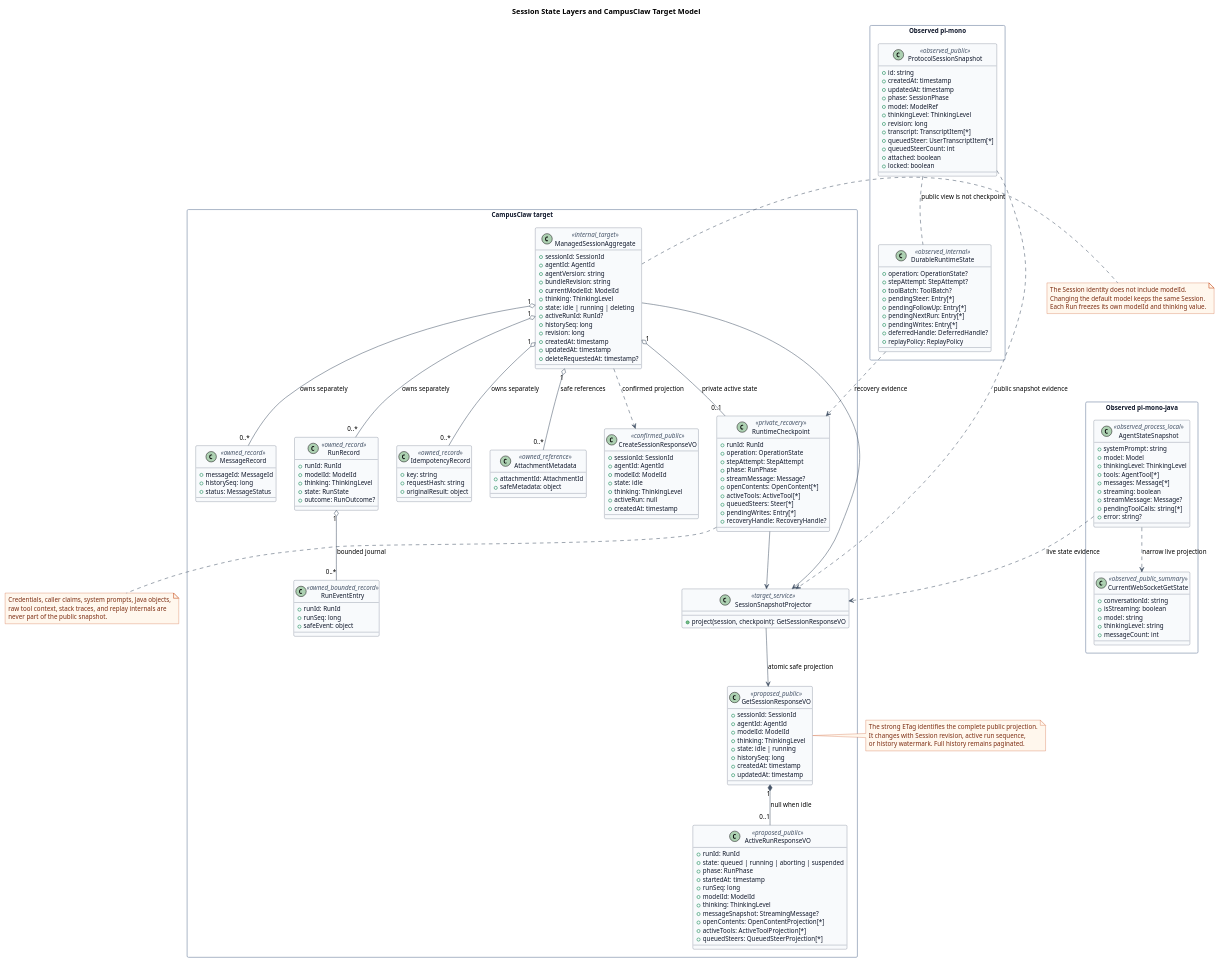
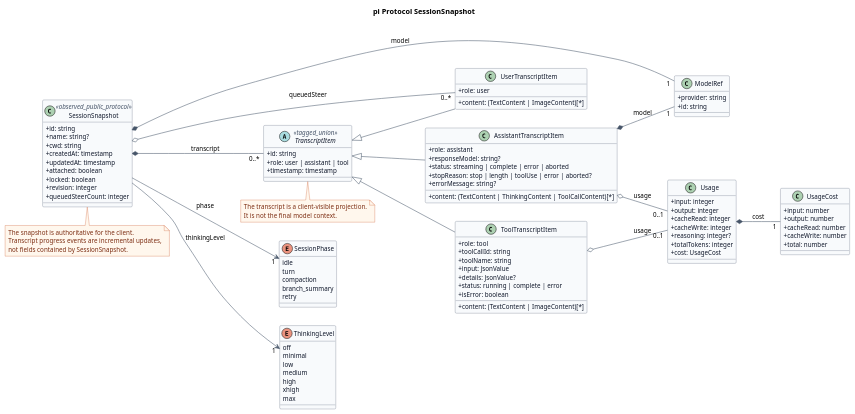
One commit to ssm0808/pi-mono-java-design changed the diagram in pi/session-snapshot/diagram.puml. Above: the diagram before and after it, drawn with PlantUML. The commit also changed 6 other files, not shown here.

Commit message:
docs: refine session snapshot and history recovery

```diff
--- a/pi/session-snapshot/diagram.puml
+++ b/pi/session-snapshot/diagram.puml
@@ -1,37 +1,27 @@
-@startuml session_snapshot_state_model
-title Session State Layers and CampusClaw Target Model
+@startuml pi_protocol_session_snapshot
+title pi Protocol SessionSnapshot
 
 ' Source evidence (pi-mono 086c32e74530564922d011ade23ff582c9d63116):
+' packages/protocol/src/schemas.ts, ThinkingLevelSchema, lines 26-35
+' packages/protocol/src/schemas.ts, SessionPhaseSchema, lines 38-45
+' packages/protocol/src/schemas.ts, ModelRefSchema, lines 47-51
+' packages/protocol/src/schemas.ts, UsageSchema, lines 96-118
+' packages/protocol/src/schemas.ts, transcript item schemas, lines 120-199
 ' packages/protocol/src/schemas.ts, SessionSnapshotSchema, lines 241-258
-' packages/protocol/src/schemas.ts, TranscriptItemSchema and TranscriptProgressSchema, lines 120-231
-' packages/server/src/sessions.ts, normalizedSnapshot and broadcastSnapshot, lines 276-297
-' packages/agent/src/harness/agent-harness.ts, SuspendedOperation, LaneSnapshot, and SessionSnapshot, lines 140-180
-' packages/agent/src/harness/session/types.ts, operation, tool, queue, and deferred write records, lines 87-200
-' packages/agent/src/harness/reducer.ts, LaneState, lines 79-109
-' Source evidence (pi-mono-java dff835743fc7f3c93e1154c3eb51028749867ca8):
-' modules/agent-core/src/main/java/com/campusclaw/agent/state/AgentStateSnapshot.java, lines 21-36
-' modules/coding-agent-cli/src/main/java/com/campusclaw/codingagent/session/SessionManager.java, lines 160-225 and 304-339
-' modules/coding-agent-cli/src/main/java/com/campusclaw/codingagent/mode/server/SessionPool.java, lines 222-243
-' modules/coding-agent-cli/src/main/java/com/campusclaw/codingagent/mode/server/ChatWebSocketHandler.java, handleGetState, lines 365-374
-' Observed behavior: pi-mono exposes a client-replaceable snapshot with transcript, runtime
-' phase, revision, and queued steer messages.
-' Observed behavior: pi-mono durable records retain richer operation, queue, deferred write,
-' and tool recovery state than the public protocol snapshot.
-' Java divergence: AgentStateSnapshot is process-local, while Java session reload restores
-' messages but does not apply persisted model or thinking changes.
-' Target design: CampusClaw separates the bounded Session aggregate, owned history records,
-' the private RuntimeCheckpoint, and the public GetSession snapshot.
-' Architecture change: cross-process active Run recovery requires a durable checkpoint or
-' equivalent operation log; this is not implemented by the current Java baseline.
-' Design reason: the confirmed create response remains separate from the proposed GET snapshot
-' so review of the second operation cannot silently change the first operation.
+' packages/server/src/sessions.ts, normalizedSnapshot, forConnection, and broadcastSnapshot,
+' lines 276-304
+' Observed behavior: the protocol snapshot is the authoritative client-visible state.
+' Observed behavior: transcript can contain streaming assistant and running tool items.
+' Observed behavior: attached is connection-relative and the server live-session layer sets locked.
+' Design reason: this diagram intentionally excludes Agent Harness internals, pi-mono-java,
+' CampusClaw target types, persistence records, and HTTP response models.
 
-top to bottom direction
+left to right direction
 skinparam backgroundColor #FFFFFF
 skinparam shadowing false
 skinparam defaultFontName Arial
 skinparam defaultFontSize 12
-skinparam packageStyle rectangle
+skinparam classAttributeIconSize 0
 skinparam class {
   BackgroundColor #F8FAFC
   BorderColor #475569
@@ -40,11 +30,6 @@
   AttributeFontColor #0F172A
   StereotypeFontColor #475569
 }
-skinparam package {
-  BackgroundColor #FFFFFF
-  BorderColor #94A3B8
-  FontColor #0F172A
-}
 skinparam note {
   BackgroundColor #FFF7ED
   BorderColor #C2410C
@@ -52,193 +37,112 @@
 }
 skinparam ArrowColor #475569
 
-package "Observed pi-mono" as PiObserved {
-  class "ProtocolSessionSnapshot" as PiSnapshot <<observed_public>> {
-    +id: string
-    +createdAt: timestamp
-    +updatedAt: timestamp
-    +phase: SessionPhase
-    +model: ModelRef
-    +thinkingLevel: ThinkingLevel
-    +revision: long
-    +transcript: TranscriptItem[*]
-    +queuedSteer: UserTranscriptItem[*]
-    +queuedSteerCount: int
-    +attached: boolean
-    +locked: boolean
-  }
-
-  class "DurableRuntimeState" as PiDurable <<observed_internal>> {
-    +operation: OperationState?
-    +stepAttempt: StepAttempt?
-    +toolBatch: ToolBatch?
-    +pendingSteer: Entry[*]
-    +pendingFollowUp: Entry[*]
-    +pendingNextRun: Entry[*]
-    +pendingWrites: Entry[*]
-    +deferredHandle: DeferredHandle?
-    +replayPolicy: ReplayPolicy
-  }
-
-  PiSnapshot .. PiDurable : public view is not checkpoint
+class SessionSnapshot <<observed_public_protocol>> {
+  +id: string
+  +name: string?
+  +cwd: string
+  +createdAt: timestamp
+  +updatedAt: timestamp
+  +attached: boolean
+  +locked: boolean
+  +revision: integer
+  +queuedSteerCount: integer
 }
 
-package "Observed pi-mono-java" as JavaObserved {
-  class "AgentStateSnapshot" as JavaState <<observed_process_local>> {
-    +systemPrompt: string
-    +model: Model
-    +thinkingLevel: ThinkingLevel
-    +tools: AgentTool[*]
-    +messages: Message[*]
-    +streaming: boolean
-    +streamMessage: Message?
-    +pendingToolCalls: string[*]
-    +error: string?
-  }
-
-  class "CurrentWebSocketGetState" as JavaGetState <<observed_public_summary>> {
-    +conversationId: string
-    +isStreaming: boolean
-    +model: string
-    +thinkingLevel: string
-    +messageCount: int
-  }
-
-  JavaState ..> JavaGetState : narrow live projection
+enum SessionPhase {
+  idle
+  turn
+  compaction
+  branch_summary
+  retry
 }
 
-package "CampusClaw target" as CampusTarget {
-  class "ManagedSessionAggregate" as Session <<internal_target>> {
-    +sessionId: SessionId
-    +agentId: AgentId
-    +agentVersion: string
-    +bundleRevision: string
-    +currentModelId: ModelId
-    +thinking: ThinkingLevel
-    +state: idle | running | deleting
-    +activeRunId: RunId?
-    +historySeq: long
-    +revision: long
-    +createdAt: timestamp
-    +updatedAt: timestamp
-    +deleteRequestedAt: timestamp?
-  }
-
-  class "RuntimeCheckpoint" as Checkpoint <<private_recovery>> {
-    +runId: RunId
-    +operation: OperationState
-    +stepAttempt: StepAttempt
-    +phase: RunPhase
-    +streamMessage: Message?
-    +openContents: OpenContent[*]
-    +activeTools: ActiveTool[*]
-    +queuedSteers: Steer[*]
-    +pendingWrites: Entry[*]
-    +recoveryHandle: RecoveryHandle?
-  }
-
-  class "MessageRecord" as MessageRecord <<owned_record>> {
-    +messageId: MessageId
-    +historySeq: long
-    +status: MessageStatus
-  }
-
-  class "RunRecord" as RunRecord <<owned_record>> {
-    +runId: RunId
-    +modelId: ModelId
-    +thinking: ThinkingLevel
-    +state: RunState
-    +outcome: RunOutcome?
-  }
-
-  class "IdempotencyRecord" as IdempotencyRecord <<owned_record>> {
-    +key: string
-    +requestHash: string
-    +originalResult: object
-  }
-
-  class "RunEventEntry" as RunEvent <<owned_bounded_record>> {
-    +runId: RunId
-    +runSeq: long
-    +safeEvent: object
-  }
-
-  class "AttachmentMetadata" as AttachmentMetadata <<owned_reference>> {
-    +attachmentId: AttachmentId
-    +safeMetadata: object
-  }
-
-  class "CreateSessionResponseVO" as CreateResult <<confirmed_public>> {
-    +sessionId: SessionId
-    +agentId: AgentId
-    +modelId: ModelId
-    +state: idle
-    +thinking: ThinkingLevel
-    +activeRun: null
-    +createdAt: timestamp
-  }
-
-  class "GetSessionResponseVO" as GetSnapshot <<proposed_public>> {
-    +sessionId: SessionId
-    +agentId: AgentId
-    +modelId: ModelId
-    +thinking: ThinkingLevel
-    +state: idle | running
-    +historySeq: long
-    +createdAt: timestamp
-    +updatedAt: timestamp
-  }
-
-  class "ActiveRunResponseVO" as ActiveRun <<proposed_public>> {
-    +runId: RunId
-    +state: queued | running | aborting | suspended
-    +phase: RunPhase
-    +startedAt: timestamp
-    +runSeq: long
-    +modelId: ModelId
-    +thinking: ThinkingLevel
-    +messageSnapshot: StreamingMessage?
-    +openContents: OpenContentProjection[*]
-    +activeTools: ActiveToolProjection[*]
-    +queuedSteers: QueuedSteerProjection[*]
-  }
-
-  class "SessionSnapshotProjector" as Projector <<target_service>> {
-    +project(session, checkpoint): GetSessionResponseVO
-  }
-
-  Session "1" o-- "0..1" Checkpoint : private active state
-  Session "1" o-- "0..*" MessageRecord : owns separately
-  Session "1" o-- "0..*" RunRecord : owns separately
-  Session "1" o-- "0..*" IdempotencyRecord : owns separately
-  RunRecord "1" o-- "0..*" RunEvent : bounded journal
-  Session "1" o-- "0..*" AttachmentMetadata : safe references
-  Session ..> CreateResult : confirmed projection
-  Session --> Projector
-  Checkpoint --> Projector
-  Projector --> GetSnapshot : atomic safe projection
-  GetSnapshot "1" *-- "0..1" ActiveRun : null when idle
+enum ThinkingLevel {
+  off
+  minimal
+  low
+  medium
+  high
+  xhigh
+  max
 }
 
-PiSnapshot ..> Projector : public snapshot evidence
-PiDurable ..> Checkpoint : recovery evidence
-JavaState ..> Projector : live state evidence
+class ModelRef {
+  +provider: string
+  +id: string
+}
 
-note right of Session
-The Session identity does not include modelId.
-Changing the default model keeps the same Session.
-Each Run freezes its own modelId and thinking value.
+abstract class TranscriptItem <<tagged_union>> {
+  +id: string
+  +role: user | assistant | tool
+  +timestamp: timestamp
+}
+
+class UserTranscriptItem {
+  +role: user
+  +content: (TextContent | ImageContent)[*]
+}
+
+class AssistantTranscriptItem {
+  +role: assistant
+  +content: (TextContent | ThinkingContent | ToolCallContent)[*]
+  +responseModel: string?
+  +status: streaming | complete | error | aborted
+  +stopReason: stop | length | toolUse | error | aborted?
+  +errorMessage: string?
+}
+
+class ToolTranscriptItem {
+  +role: tool
+  +toolCallId: string
+  +toolName: string
+  +input: JsonValue
+  +content: (TextContent | ImageContent)[*]
+  +details: JsonValue?
+  +status: running | complete | error
+  +isError: boolean
+}
+
+class Usage {
+  +input: integer
+  +output: integer
+  +cacheRead: integer
+  +cacheWrite: integer
+  +reasoning: integer?
+  +totalTokens: integer
+  +cost: UsageCost
+}
+
+class UsageCost {
+  +input: number
+  +output: number
+  +cacheRead: number
+  +cacheWrite: number
+  +total: number
+}
+
+TranscriptItem <|-- UserTranscriptItem
+TranscriptItem <|-- AssistantTranscriptItem
+TranscriptItem <|-- ToolTranscriptItem
+
+SessionSnapshot --> "1" SessionPhase : phase
+SessionSnapshot --> "1" ThinkingLevel : thinkingLevel
+SessionSnapshot *-- "1" ModelRef : model
+SessionSnapshot *-- "0..*" TranscriptItem : transcript
+SessionSnapshot o-- "0..*" UserTranscriptItem : queuedSteer
+AssistantTranscriptItem *-- "1" ModelRef : model
+AssistantTranscriptItem o-- "0..1" Usage : usage
+ToolTranscriptItem o-- "0..1" Usage : usage
+Usage *-- "1" UsageCost : cost
+
+note bottom of SessionSnapshot
+The snapshot is authoritative for the client.
+Transcript progress events are incremental updates,
+not fields contained by SessionSnapshot.
 end note
 
-note right of GetSnapshot
-The strong ETag identifies the complete public projection.
-It changes with Session revision, active run sequence,
-or history watermark. Full history remains paginated.
-end note
-
-note bottom of Checkpoint
-Credentials, caller claims, system prompts, Java objects,
-raw tool context, stack traces, and replay internals are
-never part of the public snapshot.
+note bottom of TranscriptItem
+The transcript is a client-visible projection.
+It is not the final model context.
 end note
 @enduml
```
